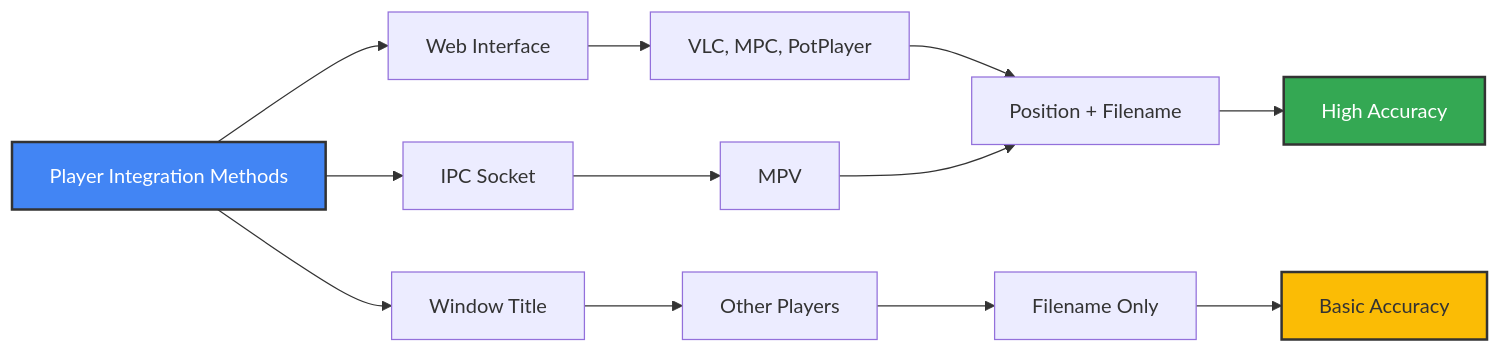
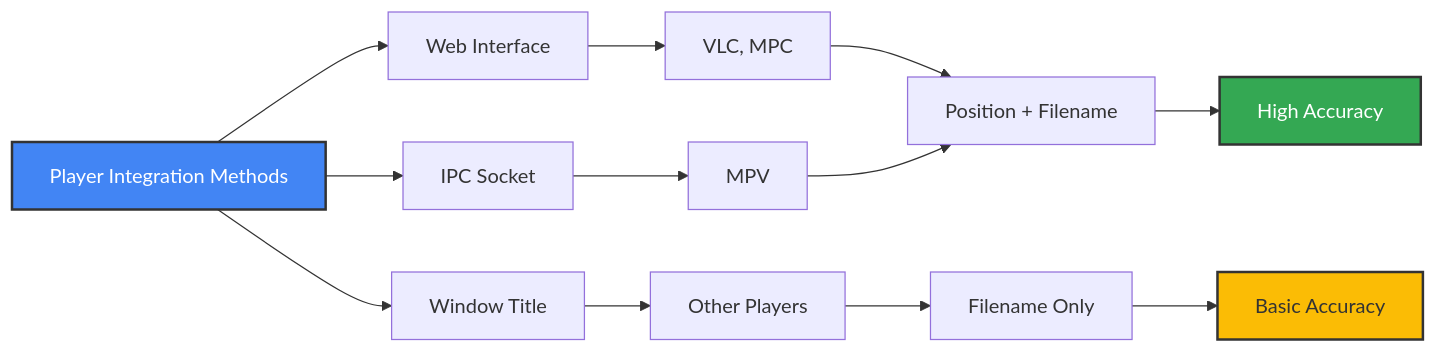
One commit to ByteTrix/Media-Player-Scrobbler-for-Simkl changed the second of 3 diagrams in docs/media-players.md. Above: the diagram before and after it, drawn with Mermaid. The commit also changed other lines of this file, not shown here.

````diff
--- a/docs/media-players.md
+++ b/docs/media-players.md
@@ -175,17 +157,17 @@
 ```mermaid
 graph LR
     A[Player Integration Methods] --> B[Web Interface]
     A --> C[IPC Socket]
     A --> D[Window Title]
-    B --> E[VLC, MPC, PotPlayer]
+    B --> E[VLC, MPC]
     C --> F[MPV]
     D --> G[Other Players]
     E --> H[Position + Filename]
     F --> H
     G --> I[Filename Only]
     H --> J[High Accuracy]
     I --> K[Basic Accuracy]
     style A fill:#4285f4,stroke:#333,stroke-width:2px,color:#fff
     style J fill:#34a853,stroke:#333,stroke-width:2px,color:#fff
     style K fill:#fbbc05,stroke:#333,stroke-width:2px
 ```
````
